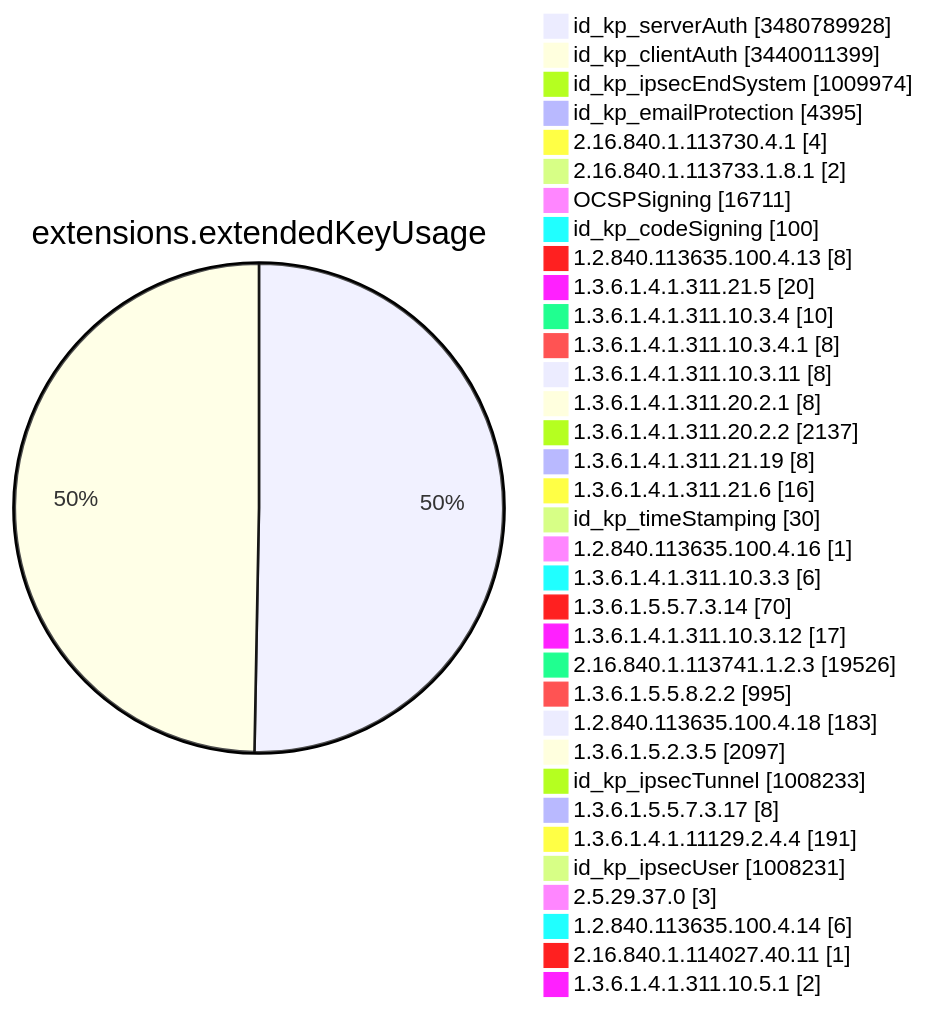
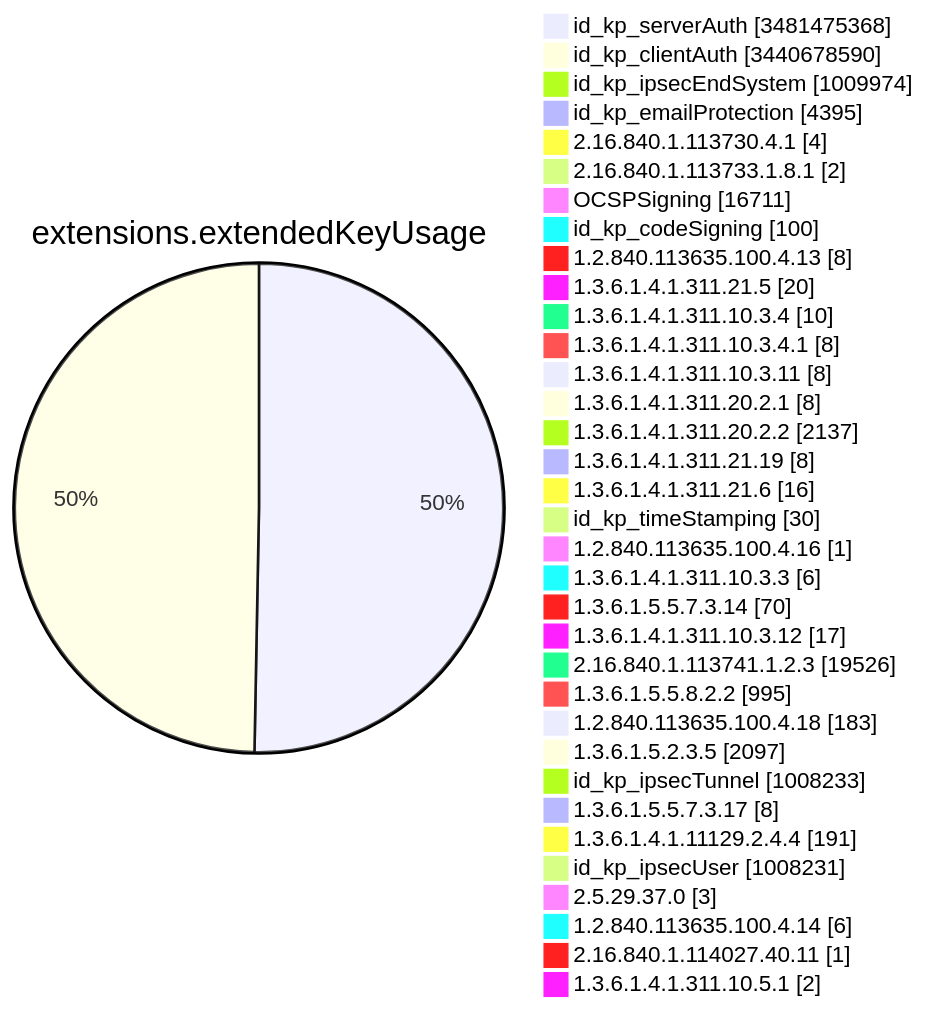
Diagram 11 of 15 in TOTAL/README.md (christiankrug/ctmonitor_visualization), drawn with Mermaid before and after one commit. The commit also changed other lines of this file, not shown here.

````diff
--- a/TOTAL/README.md
+++ b/TOTAL/README.md
@@ -4123,38 +4123,38 @@
 ```mermaid
 pie showData
 title extensions.extendedKeyUsage
-"id_kp_serverAuth" :3480789928
-"id_kp_clientAuth" :3440011399
+"id_kp_serverAuth" :3481475368
+"id_kp_clientAuth" :3440678590
 "id_kp_ipsecEndSystem" :1009974
 "id_kp_emailProtection" :4395
 "2.16.840.1.113730.4.1" :4
 "2.16.840.1.113733.1.8.1" :2
 "OCSPSigning" :16711
 "id_kp_codeSigning" :100
 "1.2.840.113635.100.4.13" :8
 "1.3.6.1.4.1.311.21.5" :20
 "1.3.6.1.4.1.311.10.3.4" :10
 "1.3.6.1.4.1.311.10.3.4.1" :8
 "1.3.6.1.4.1.311.10.3.11" :8
 "1.3.6.1.4.1.311.20.2.1" :8
 "1.3.6.1.4.1.311.20.2.2" :2137
 "1.3.6.1.4.1.311.21.19" :8
 "1.3.6.1.4.1.311.21.6" :16
 "id_kp_timeStamping" :30
 "1.2.840.113635.100.4.16" :1
 "1.3.6.1.4.1.311.10.3.3" :6
 "1.3.6.1.5.5.7.3.14" :70
 "1.3.6.1.4.1.311.10.3.12" :17
 "2.16.840.1.113741.1.2.3" :19526
 "1.3.6.1.5.5.8.2.2" :995
 "1.2.840.113635.100.4.18" :183
 "1.3.6.1.5.2.3.5" :2097
 "id_kp_ipsecTunnel" :1008233
 "1.3.6.1.5.5.7.3.17" :8
 "1.3.6.1.4.1.11129.2.4.4" :191
 "id_kp_ipsecUser" :1008231
 "2.5.29.37.0" :3
 "1.2.840.113635.100.4.14" :6
 "2.16.840.1.114027.40.11" :1
 "1.3.6.1.4.1.311.10.5.1" :2
 ```
````
